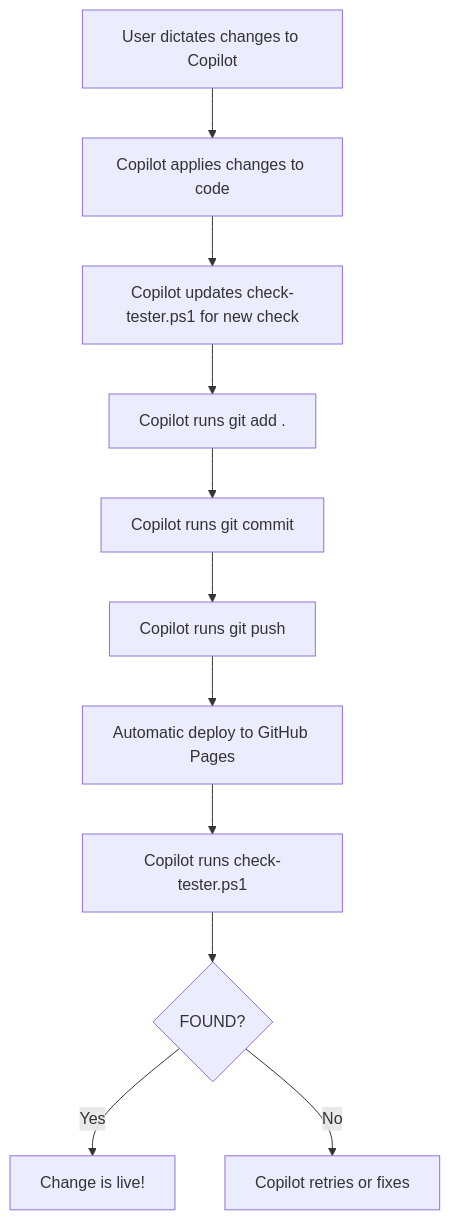
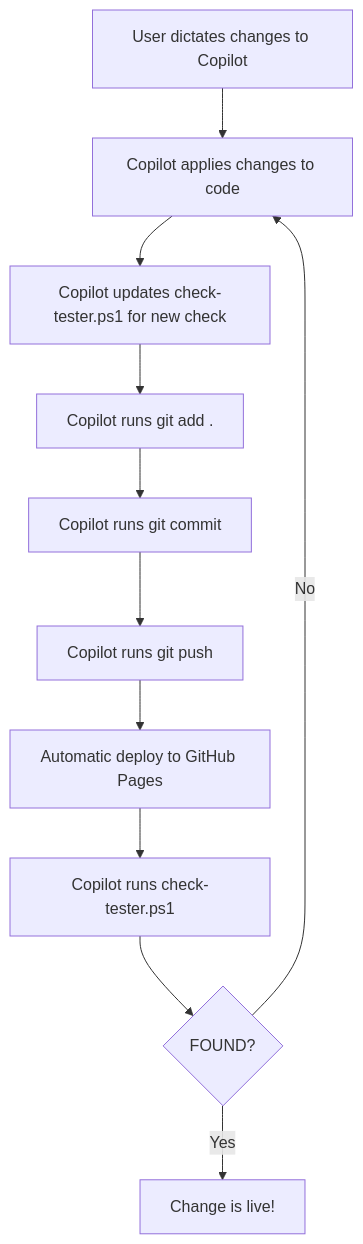
One commit to shapez0r/agentai_repo changed the second of 2 diagrams in README.md. Above: the diagram before and after it, drawn with Mermaid. The commit also changed other lines of this file, not shown here.

Commit message:
docs: update deployment & verification diagram for correct retry logic

````diff
--- a/README.md
+++ b/README.md
@@ -65,13 +65,24 @@
 ```mermaid
 flowchart TD
-    A[User dictates changes to Copilot] --> B[Copilot applies changes to code]
-    B --> C[Copilot updates check-tester.ps1 for new check]
-    C --> D[Copilot runs git add .]
-    D --> E[Copilot runs git commit]
-    E --> F[Copilot runs git push]
-    F --> G[Automatic deploy to GitHub Pages]
-    G --> H[Copilot runs check-tester.ps1]
-    H --> I{FOUND?}
-    I -- Yes --> J[Change is live!]
-    I -- No --> K[Copilot retries or fixes]
+    A[User dictates changes to Copilot]
+    B[Copilot applies changes to code]
+    C[Copilot updates check-tester.ps1 for new check]
+    D[Copilot runs git add .]
+    E[Copilot runs git commit]
+    F[Copilot runs git push]
+    G[Automatic deploy to GitHub Pages]
+    H[Copilot runs check-tester.ps1]
+    I{FOUND?}
+    J[Change is live!]
+
+    A --> B
+    B --> C
+    C --> D
+    D --> E
+    E --> F
+    F --> G
+    G --> H
+    H --> I
+    I -- Yes --> J
+    I -- No --> B
 ```
````
